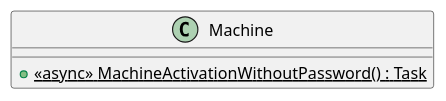
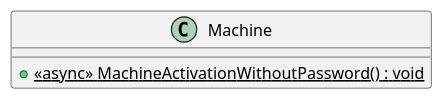
Before and after one commit to AlbinWalleniusWoxnerud/Prog2: the diagram in project/plantuml/docs/out/SpecialEncounters/Machine/Machine.puml, drawn with PlantUML. The commit also changed 55 other files, not shown here.

```diff
--- a/project/plantuml/docs/out/SpecialEncounters/Machine/Machine.puml
+++ b/project/plantuml/docs/out/SpecialEncounters/Machine/Machine.puml
@@ -1,5 +1,5 @@
 @startuml
 class Machine {
-    + {static} <<async>> MachineActivationWithoutPassword() : Task
+    + {static} <<async>> MachineActivationWithoutPassword() : void
 }
 @enduml
```
